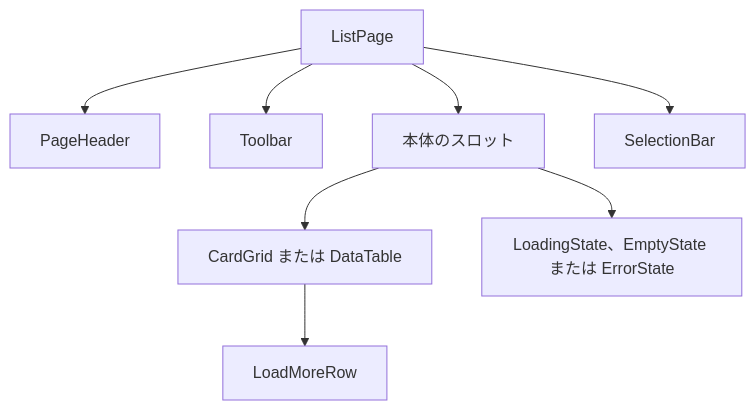
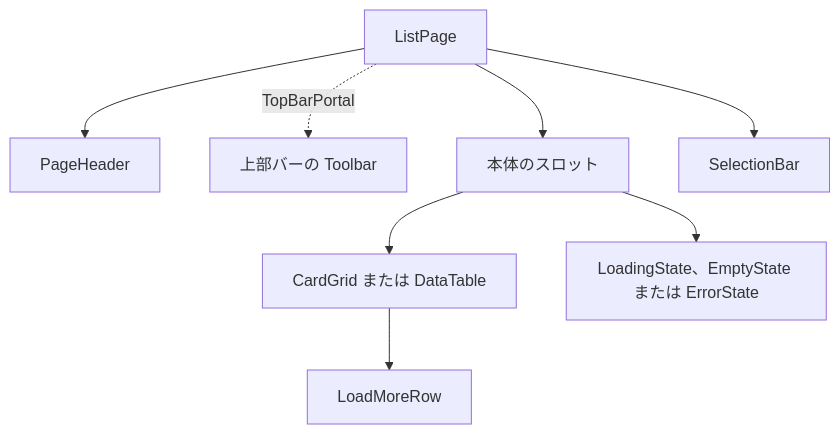
Before and after one commit to syudead/vv: the third of 3 diagrams in translations/ja/docs/design-docs/design-system.md, drawn with Mermaid. The commit also changed other lines of this file and 1 other file, not shown here.

````diff
--- a/translations/ja/docs/design-docs/design-system.md
+++ b/translations/ja/docs/design-docs/design-system.md
@@ -212,10 +212,10 @@
 ```mermaid
 flowchart TD
   page[ListPage] --> header[PageHeader]
-  page --> toolbar[Toolbar]
+  page -.->|TopBarPortal| toolbar[上部バーの Toolbar]
   page --> body[本体のスロット]
   page --> bar[SelectionBar]
   body --> grid[CardGrid または DataTable]
   body --> state[LoadingState、EmptyState または ErrorState]
   grid --> more[LoadMoreRow]
 ```
````
